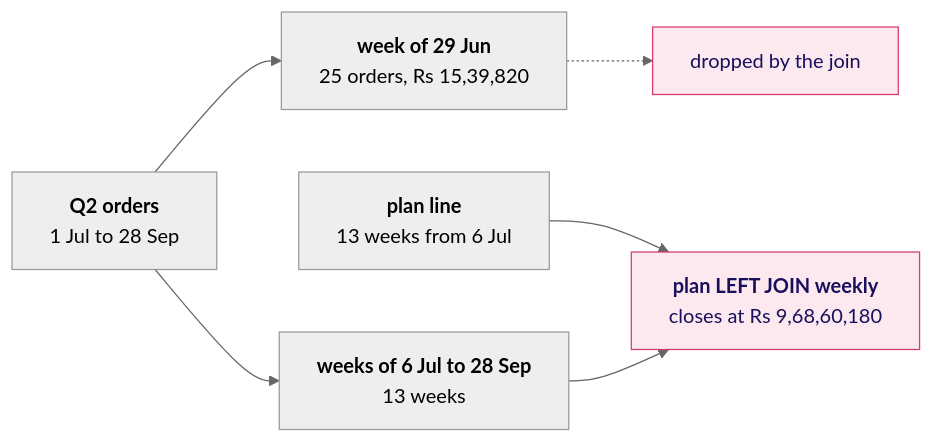
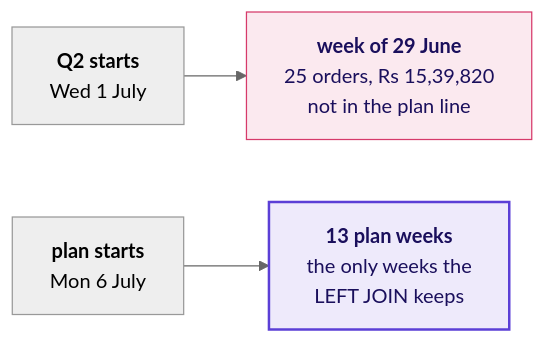
The fifth of 5 diagrams in content/W02/D3/study-notes/C2_W02_D03_notes_STUDENT.md (fde-academy-lab/c2-content-factory), drawn with Mermaid (neutral theme) before and after one commit. The commit also changed other lines of this file and 7 other files, not shown here.

````diff
--- a/content/W02/D3/study-notes/C2_W02_D03_notes_STUDENT.md
+++ b/content/W02/D3/study-notes/C2_W02_D03_notes_STUDENT.md
@@ -325,10 +490,9 @@
 ```mermaid
 flowchart LR
-    O["<b>Q2 orders</b><br/>1 Jul to 28 Sep"] --> W0["<b>week of 29 Jun</b><br/>25 orders, Rs 15,39,820"]
-    O --> W1["<b>weeks of 6 Jul to 28 Sep</b><br/>13 weeks"]
-    P["<b>plan line</b><br/>13 weeks from 6 Jul"] --> J["<b>plan LEFT JOIN weekly</b><br/>closes at Rs 9,68,60,180"]
-    W1 --> J
-    W0 -.-> X["dropped by the join"]
+    Q["<b>Q2 starts</b><br/>Wed 1 July"] --> J["<b>week of 29 June</b><br/>25 orders, Rs 15,39,820<br/>not in the plan line"]
+    P["<b>plan starts</b><br/>Mon 6 July"] --> K["<b>13 plan weeks</b><br/>the only weeks the<br/>LEFT JOIN keeps"]
     classDef bad fill:#FBE9EF,stroke:#D63A6A,color:#1A0F5C
-    class J,X bad
+    classDef known fill:#EEEAFB,stroke:#5B3FD6,color:#1A0F5C,stroke-width:2px
+    class J bad
+    class K known
 ```
````
